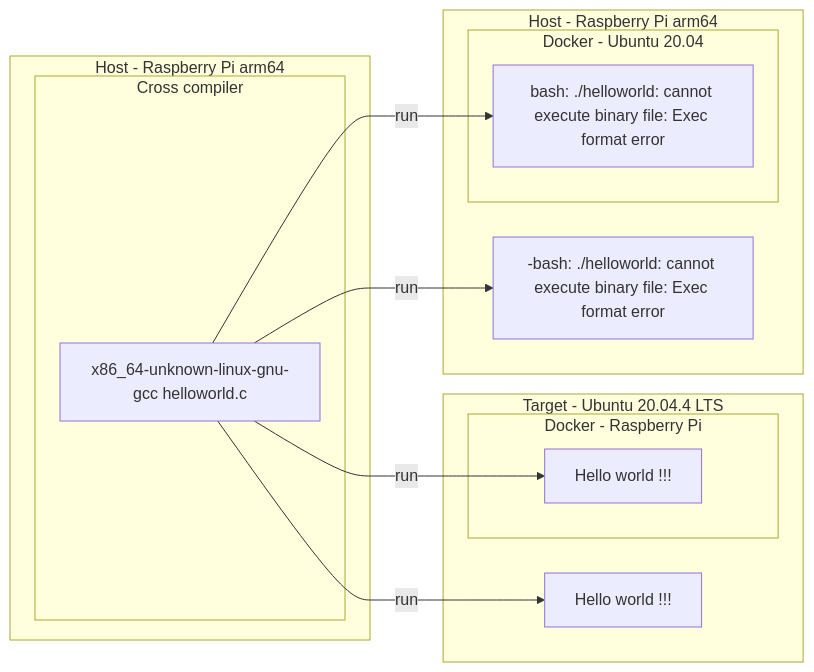
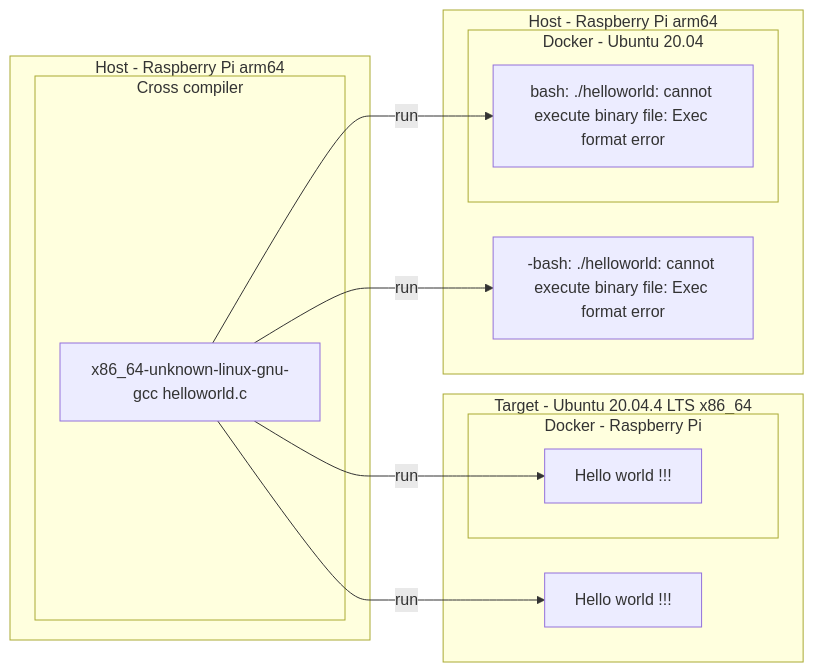
One commit to lankahsu520/CrossCompilationX changed the fourth of 9 diagrams in README.md. Above: the diagram before and after it, drawn with Mermaid. The commit also changed other lines of this file, not shown here.

Commit message:
update README.md, 5. Setup Native-Compilation Environment on Architecture-XXX 6. CPU emulator on x86

````diff
--- a/README.md
+++ b/README.md
@@ -196,30 +198,30 @@
 ```mermaid
 flowchart LR
 	subgraph Host[Host - Raspberry Pi arm64]
 		subgraph Cross[Cross compiler]
 			gcc[x86_64-unknown-linux-gnu-gcc helloworld.c]
 		end
 	end
 
-	subgraph Target[Target - Ubuntu 20.04.4 LTS]
+	subgraph Target[Target - Ubuntu 20.04.4 LTS x86_64]
 		helloworld_run_ubuntu[Hello world !!!]
 		subgraph DockerUbuntuPI[Docker - Raspberry Pi]
 			helloworld_run_ubuntu_pi_docker[Hello world !!!]
 		end
 	end
 
 
 	subgraph HostA[Host - Raspberry Pi arm64]
 		helloworld_run_host[-bash: ./helloworld: cannot execute binary file: Exec format error]
 		subgraph DockerAU2004[Docker - Ubuntu 20.04]
 			helloworld_run_AU2004_docker[bash: ./helloworld: cannot execute binary file: Exec format error]
 		end
   end
 	
 	gcc --> |run|helloworld_run_host
 	gcc --> |run|helloworld_run_AU2004_docker
 
 	gcc --> |run|helloworld_run_ubuntu
 	gcc --> |run|helloworld_run_ubuntu_pi_docker
 	
 ```
````
